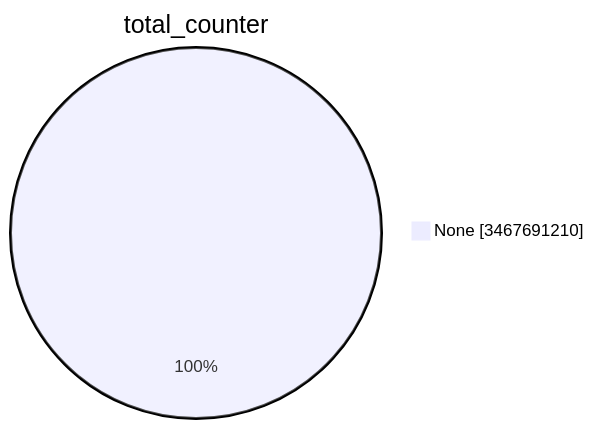
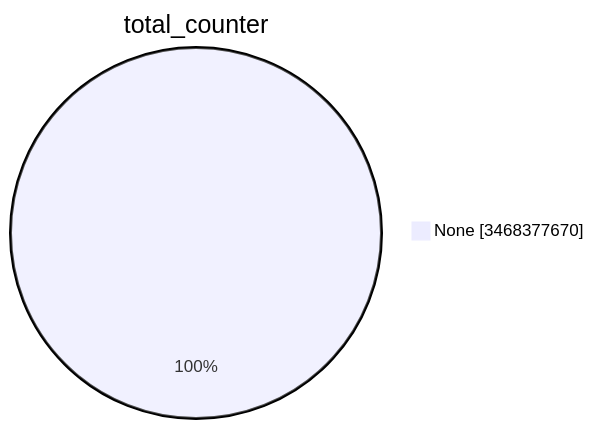
One commit to christiankrug/ctmonitor_visualization changed the first of 15 diagrams in TOTAL/README.md. Above: the diagram before and after it, drawn with Mermaid. The commit also changed other lines of this file, not shown here.

````diff
--- a/TOTAL/README.md
+++ b/TOTAL/README.md
@@ -1,5 +1,5 @@
 ```mermaid
 pie showData
 title total_counter
-"None" :3467691210
+"None" :3468377670
 ```
````
